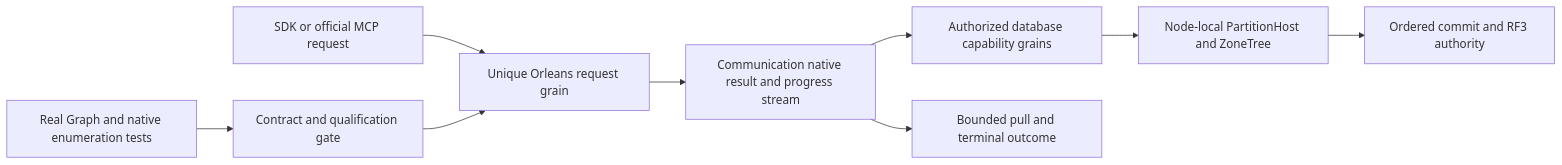
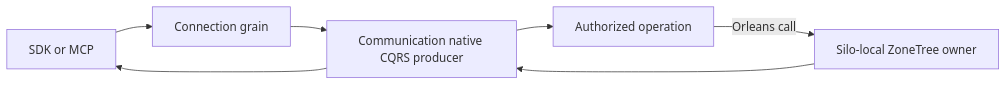
The diagram in docs/Features/ClusterRouting/NativeCqrs.md (managedcode/KeyLoad), drawn with Mermaid before and after one commit. The commit also changed other lines of this file and 7356 other files, not shown here.

First line of the commit message:
Replace custom consensus with native Orleans storage services

````diff
--- a/docs/Features/ClusterRouting/NativeCqrs.md
+++ b/docs/Features/ClusterRouting/NativeCqrs.md
@@ -7,11 +18,9 @@
 ```mermaid
 flowchart LR
-    Caller[SDK or official MCP request] --> Entry[Unique Orleans request grain]
-    Entry --> CQRS[Communication native result and progress stream]
-    CQRS --> Leaf[Authorized database capability grains]
-    Leaf --> Owner[Node-local PartitionHost and ZoneTree]
-    Owner --> RF3[Ordered commit and RF3 authority]
-    CQRS --> Consumer[Bounded pull and terminal outcome]
-    Proof[Real Graph and native enumeration tests] --> Gate[Contract and qualification gate]
-    Gate --> Entry
+    Caller[SDK or MCP] --> Connection[Connection grain]
+    Connection --> Stream[Communication native CQRS producer]
+    Stream --> Operation[Authorized operation]
+    Operation -->|Orleans call| Owner[Silo-local ZoneTree owner]
+    Owner --> Stream
+    Stream --> Caller
 ```
````
